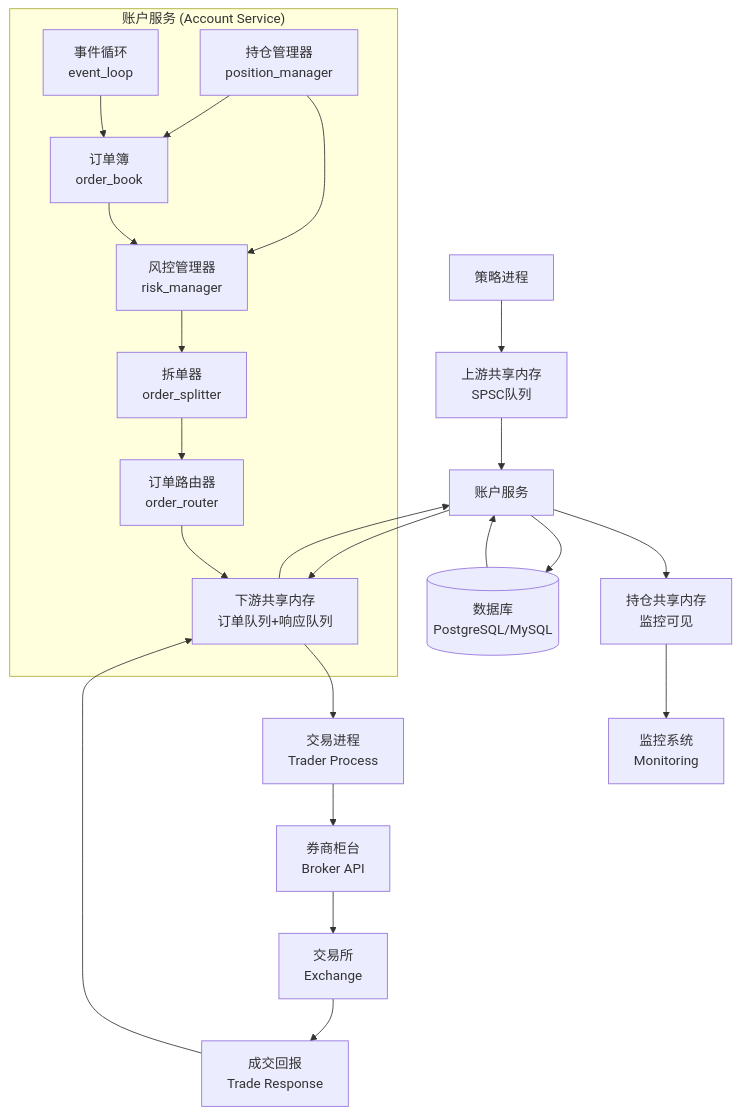
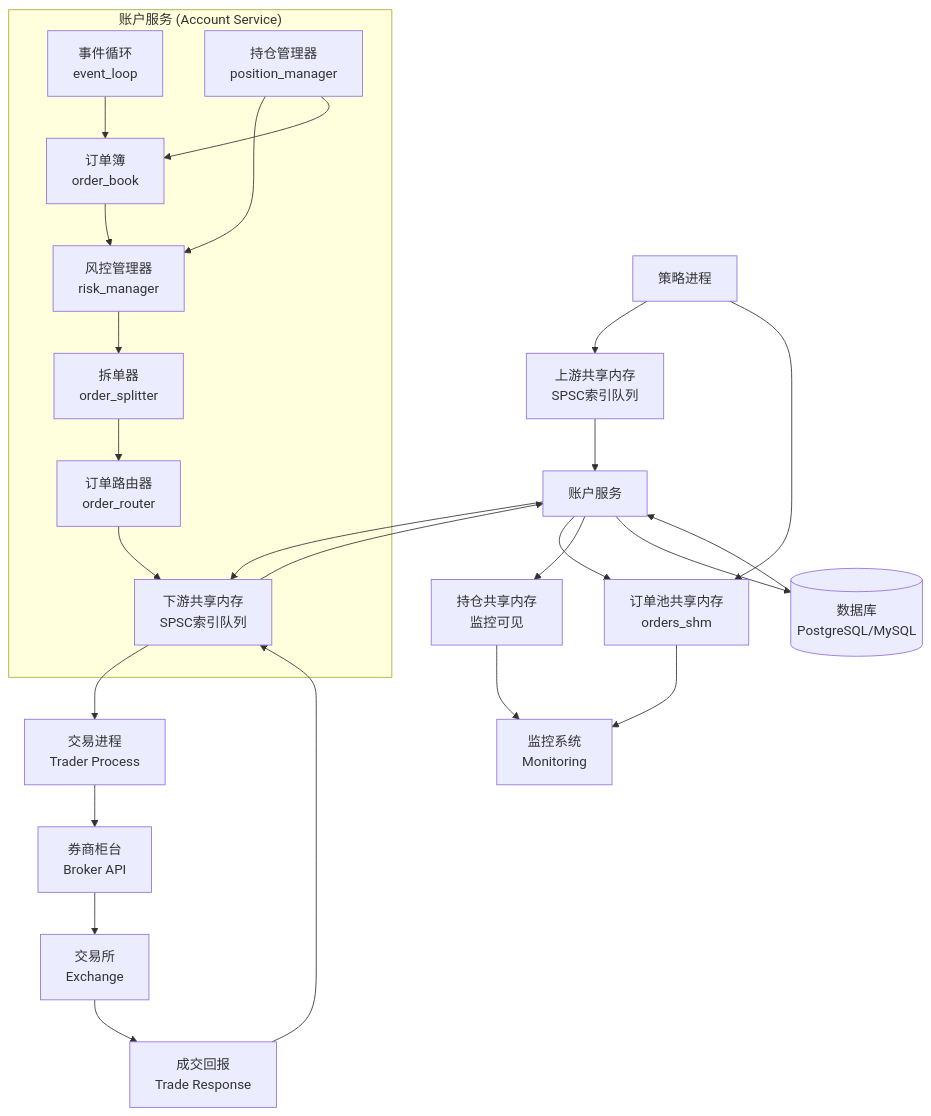
The third of 4 diagrams in docs/order_flowchart.md (monstersama/account_services), drawn with Mermaid before and after one commit. The commit also changed other lines of this file and 48 other files, not shown here.

````diff
--- a/docs/order_flowchart.md
+++ b/docs/order_flowchart.md
@@ -158,48 +159,51 @@
 ```mermaid
 graph TB
     %% 外部系统
-    Strategy[策略进程] --> UpstreamSHM[上游共享内存<br/>SPSC队列]
+    Strategy[策略进程] --> UpstreamSHM[上游共享内存<br/>SPSC索引队列]
+    Strategy --> OrdersSHM[订单池共享内存<br/>orders_shm]
 
     UpstreamSHM --> AccountService[账户服务]
 
     %% 账户服务内部组件
     subgraph "账户服务 (Account Service)"
         EventLoop[事件循环<br/>event_loop]
         OrderBook[订单簿<br/>order_book]
         RiskManager[风控管理器<br/>risk_manager]
         OrderSplitter[拆单器<br/>order_splitter]
         OrderRouter[订单路由器<br/>order_router]
         PositionManager[持仓管理器<br/>position_manager]
 
         EventLoop --> OrderBook
         OrderBook --> RiskManager
         RiskManager --> OrderSplitter
         OrderSplitter --> OrderRouter
         OrderRouter --> DownstreamSHM
         PositionManager --> RiskManager
         PositionManager --> OrderBook
     end
 
-    AccountService --> DownstreamSHM[下游共享内存<br/>订单队列+响应队列]
+    AccountService --> DownstreamSHM[下游共享内存<br/>SPSC索引队列]
+    AccountService --> OrdersSHM
 
     DownstreamSHM --> Trader[交易进程<br/>Trader Process]
 
     Trader --> Broker[券商柜台<br/>Broker API]
 
     Broker --> Exchange[交易所<br/>Exchange]
 
     Exchange --> TradeResponse[成交回报<br/>Trade Response]
 
     TradeResponse --> DownstreamSHM
 
     DownstreamSHM --> AccountService
 
     %% 数据存储和监控
+    OrdersSHM --> Monitor[监控系统<br/>Monitoring]
     AccountService --> PositionSHM[持仓共享内存<br/>监控可见]
 
     PositionSHM --> Monitor[监控系统<br/>Monitoring]
 
     AccountService --> Database[(数据库<br/>PostgreSQL/MySQL)]
 
     Database --> AccountService
 ```
````
